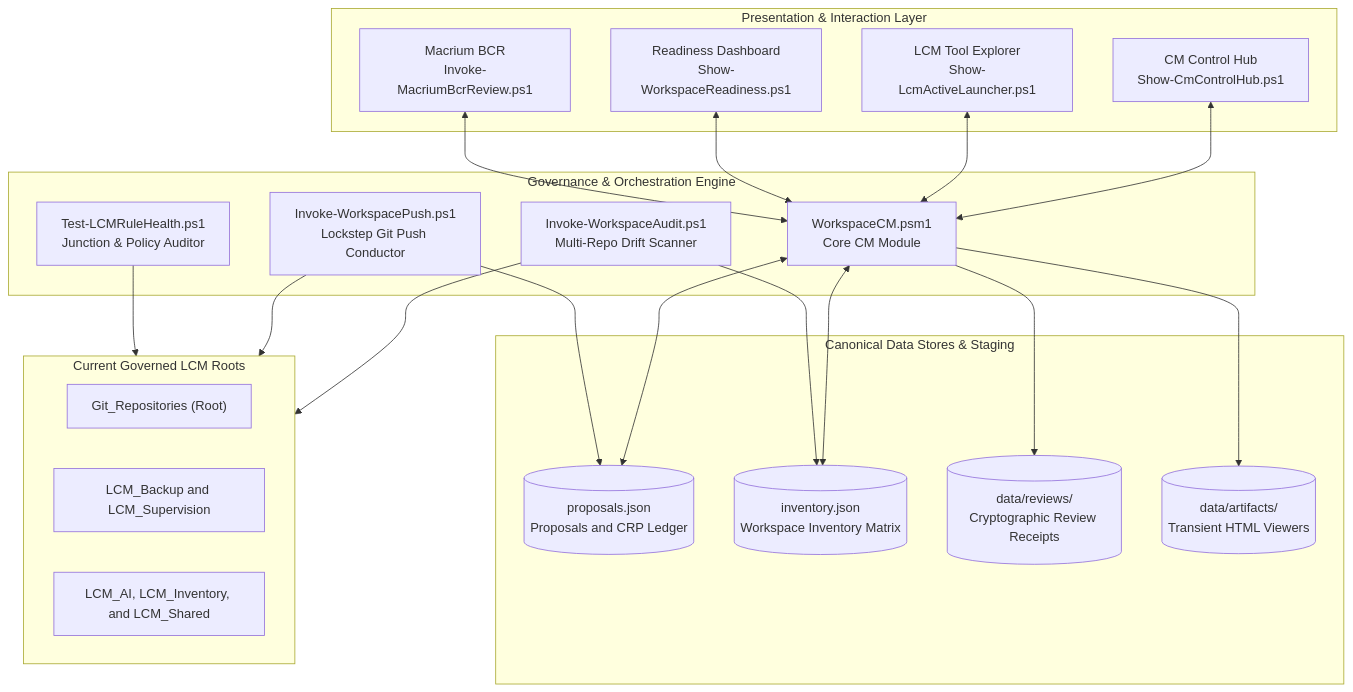
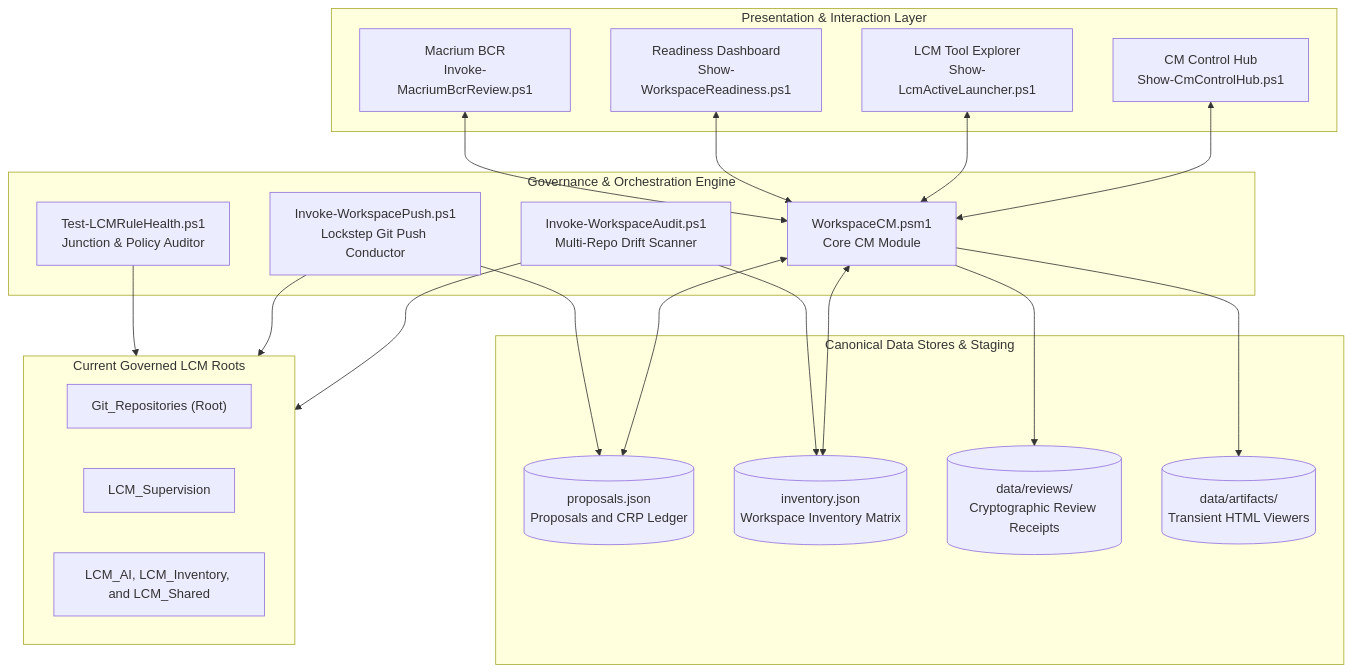
One commit to rgbigel/LCM_Inventory changed the first of 4 diagrams in docs/Architecture.md. Above: the diagram before and after it, drawn with Mermaid. The commit also changed other lines of this file and 11 other files, not shown here.

````diff
--- a/docs/Architecture.md
+++ b/docs/Architecture.md
@@ -69,46 +69,46 @@
 ```mermaid
 graph TB
     subgraph UI_Layer["Presentation & Interaction Layer"]
         CM_HUB["CM Control Hub<br/>Show-CmControlHub.ps1"]
         TOOL_EXP["LCM Tool Explorer<br/>Show-LcmActiveLauncher.ps1"]
         READINESS_UI["Readiness Dashboard<br/>Show-WorkspaceReadiness.ps1"]
         BC_GATE["Macrium BCR<br/>Invoke-MacriumBcrReview.ps1"]
     end
 
     subgraph Control_Layer["Governance & Orchestration Engine"]
         CM_MOD["WorkspaceCM.psm1<br/>Core CM Module"]
         AUDIT_ENG["Invoke-WorkspaceAudit.ps1<br/>Multi-Repo Drift Scanner"]
         PUSH_ENG["Invoke-WorkspacePush.ps1<br/>Lockstep Git Push Conductor"]
         HEALTH_ENG["Test-LCMRuleHealth.ps1<br/>Junction & Policy Auditor"]
     end
 
     subgraph Persistence_Layer["Canonical Data Stores & Staging"]
         PROP_LEDGER[("proposals.json<br/>Proposals and CRP Ledger")]
         INV_LEDGER[("inventory.json<br/>Workspace Inventory Matrix")]
         REV_RECEIPTS[("data/reviews/<br/>Cryptographic Review Receipts")]
         ARTIFACTS[("data/artifacts/<br/>Transient HTML Viewers")]
     end
 
     subgraph Governed_Space["Current Governed LCM Roots"]
         REPO_ROOT["Git_Repositories (Root)"]
-        REPO_SUBS["LCM_Backup and LCM_Supervision"]
+        REPO_SUBS["LCM_Supervision"]
         REPO_COMPS["LCM_AI, LCM_Inventory, and LCM_Shared"]
     end
 
     CM_HUB <--> CM_MOD
     TOOL_EXP <--> CM_MOD
     READINESS_UI <--> CM_MOD
     BC_GATE <--> CM_MOD
 
     CM_MOD <--> PROP_LEDGER
     CM_MOD <--> INV_LEDGER
     CM_MOD --> REV_RECEIPTS
     CM_MOD --> ARTIFACTS
 
     AUDIT_ENG --> INV_LEDGER
     AUDIT_ENG --> Governed_Space
     PUSH_ENG --> PROP_LEDGER
     PUSH_ENG --> Governed_Space
     HEALTH_ENG --> Governed_Space
 
 ```
````
